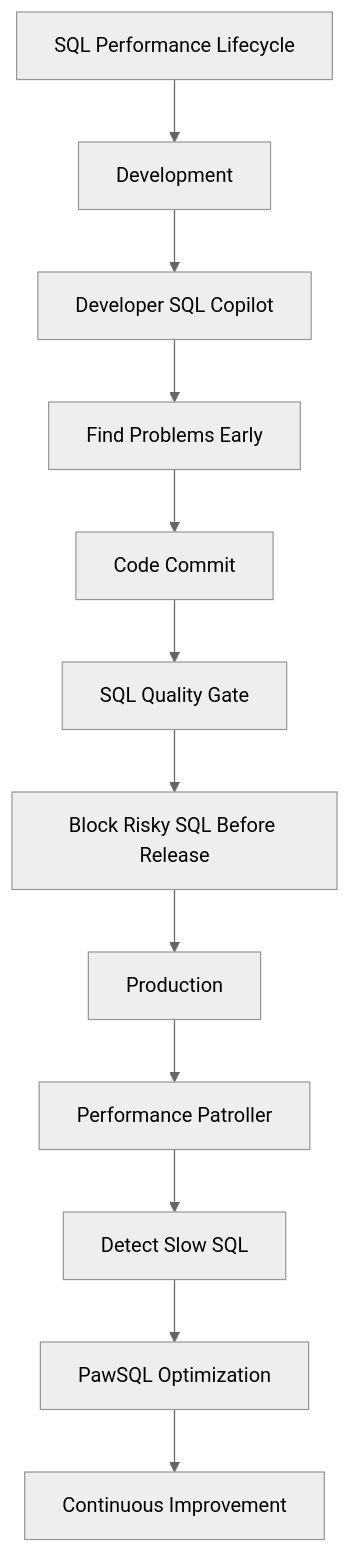
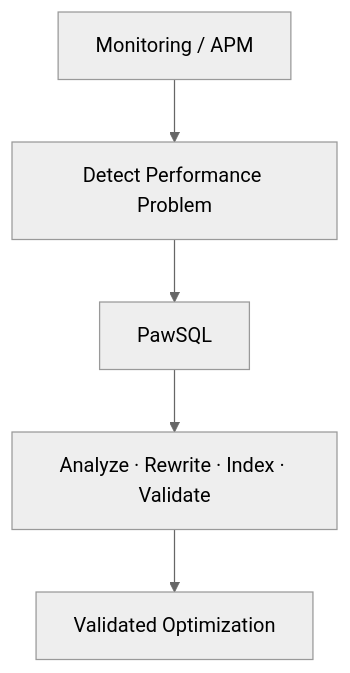
Before and after one commit to PawSQL/pawsql-docs-mantlify: the third of 3 diagrams in docs/en/use-cases/slow-sql-optimization.mdx, drawn with Mermaid (neutral theme). The commit also changed other lines of this file and 82 other files, not shown here.

````diff
--- a/docs/en/use-cases/slow-sql-optimization.mdx
+++ b/docs/en/use-cases/slow-sql-optimization.mdx
@@ -1152,7 +126,6 @@
 ```mermaid
 flowchart TD
-    T["SQL Performance Lifecycle"] --> A[Development]
-    A --> B[Developer SQL Copilot] --> C[Find Problems Early] --> D[Code Commit]
-    D --> E[SQL Quality Gate] --> F[Block Risky SQL Before Release] --> G[Production]
-    G --> H[Performance Patroller] --> I[Detect Slow SQL] --> J[PawSQL Optimization] --> K[Continuous Improvement]
+    A["Monitoring / APM"] --> B[Detect Performance Problem]
+    B --> C[PawSQL] --> D["Analyze · Rewrite · Index · Validate"]
+    D --> E[Validated Optimization]
 ```
````
